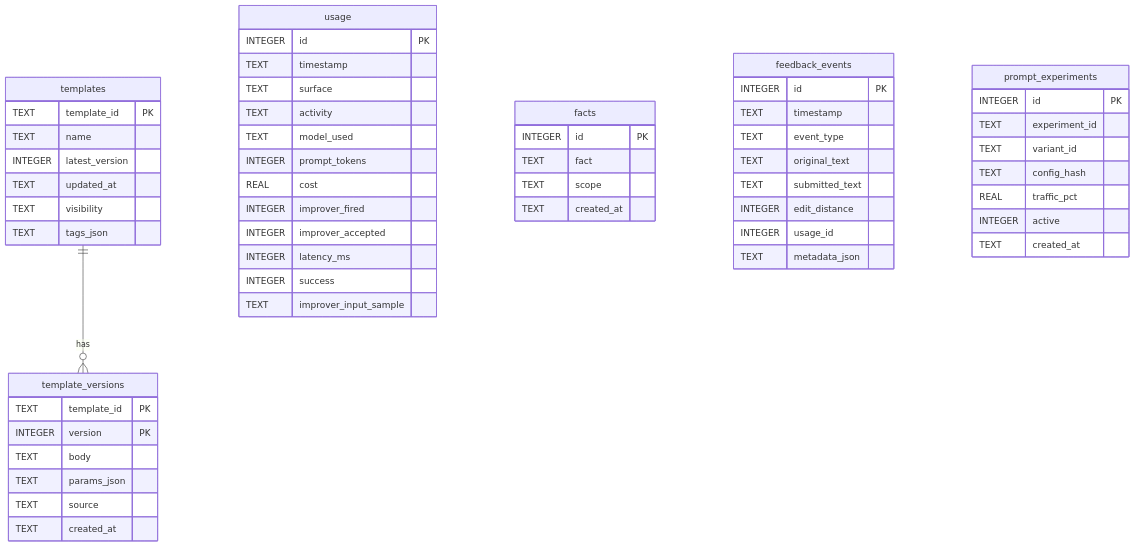
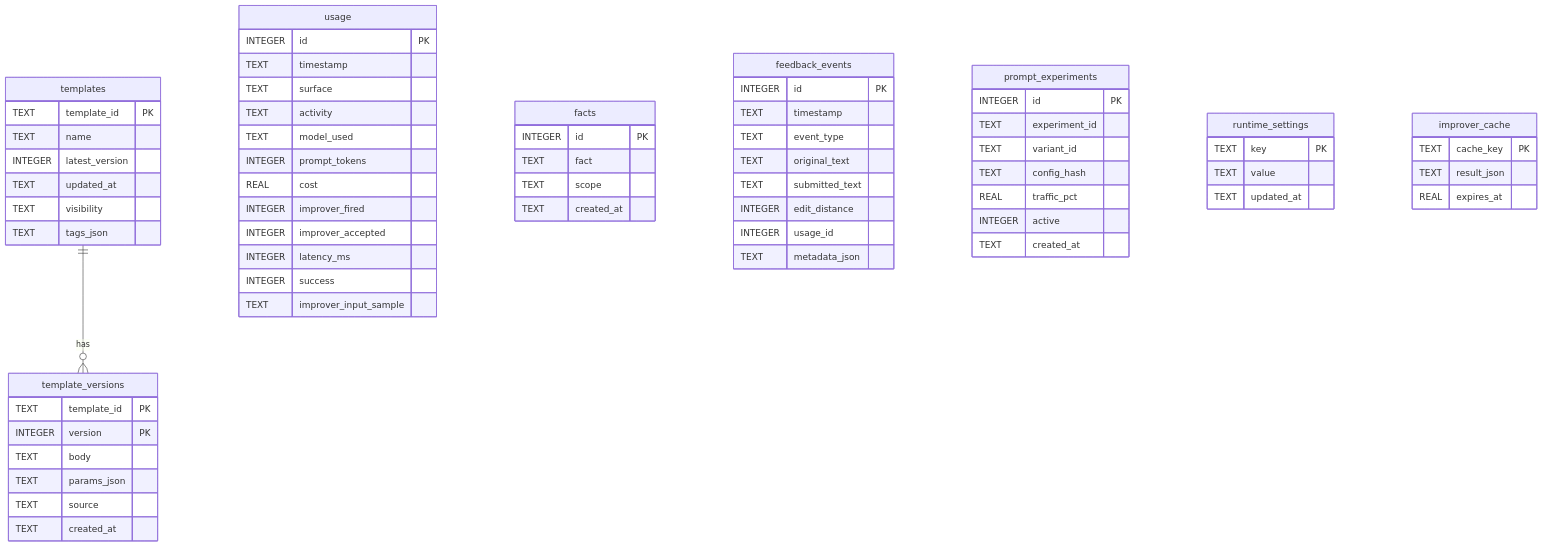
One commit to Yann-0/ylang changed the diagram in docs/database-schema.md. Above: the diagram before and after it, drawn with Mermaid. The commit also changed other lines of this file and 182 other files, not shown here.

````diff
--- a/docs/database-schema.md
+++ b/docs/database-schema.md
@@ -13,59 +13,70 @@
 ```mermaid
 erDiagram
     templates ||--o{ template_versions : has
     templates {
         TEXT template_id PK
         TEXT name
         INTEGER latest_version
         TEXT updated_at
         TEXT visibility
         TEXT tags_json
     }
     template_versions {
         TEXT template_id PK
         INTEGER version PK
         TEXT body
         TEXT params_json
         TEXT source
         TEXT created_at
     }
     usage {
         INTEGER id PK
         TEXT timestamp
         TEXT surface
         TEXT activity
         TEXT model_used
         INTEGER prompt_tokens
         REAL cost
         INTEGER improver_fired
         INTEGER improver_accepted
         INTEGER latency_ms
         INTEGER success
         TEXT improver_input_sample
     }
     facts {
         INTEGER id PK
         TEXT fact
         TEXT scope
         TEXT created_at
     }
     feedback_events {
         INTEGER id PK
         TEXT timestamp
         TEXT event_type
         TEXT original_text
         TEXT submitted_text
         INTEGER edit_distance
         INTEGER usage_id
         TEXT metadata_json
     }
     prompt_experiments {
         INTEGER id PK
         TEXT experiment_id
         TEXT variant_id
         TEXT config_hash
         REAL traffic_pct
         INTEGER active
         TEXT created_at
     }
+
+    runtime_settings {
+        TEXT key PK
+        TEXT value
+        TEXT updated_at
+    }
+    improver_cache {
+        TEXT cache_key PK
+        TEXT result_json
+        REAL expires_at
+    }
 ```
````
